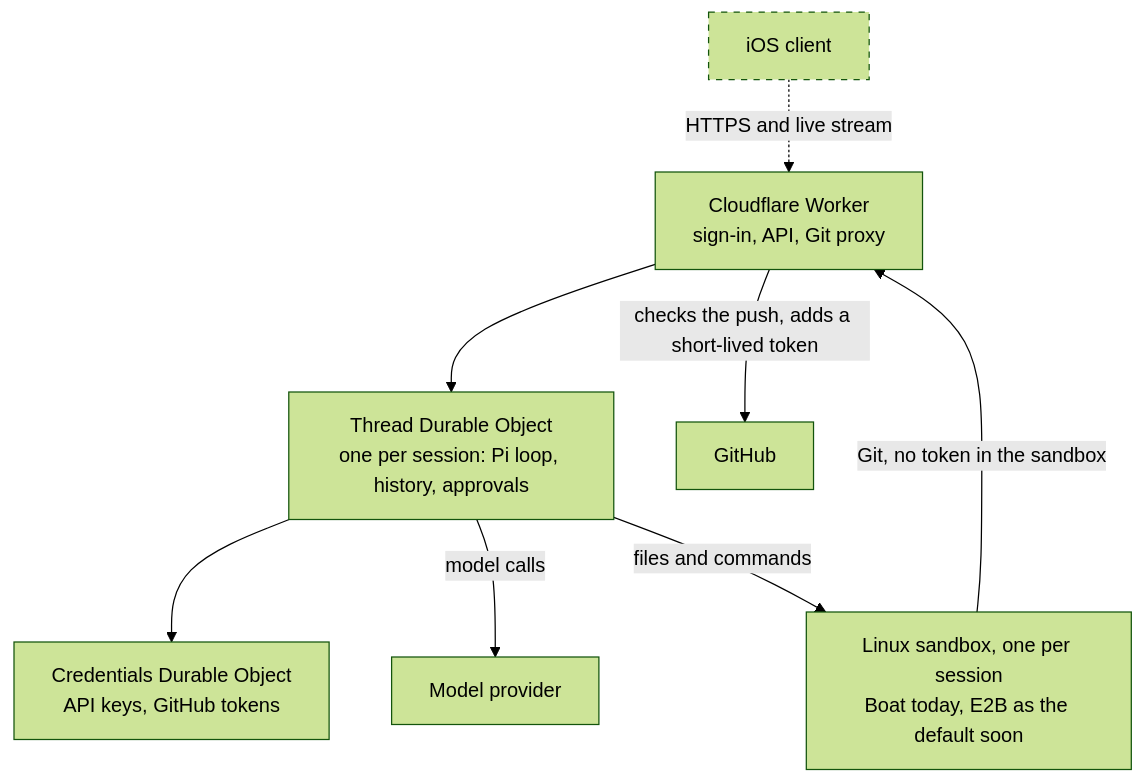
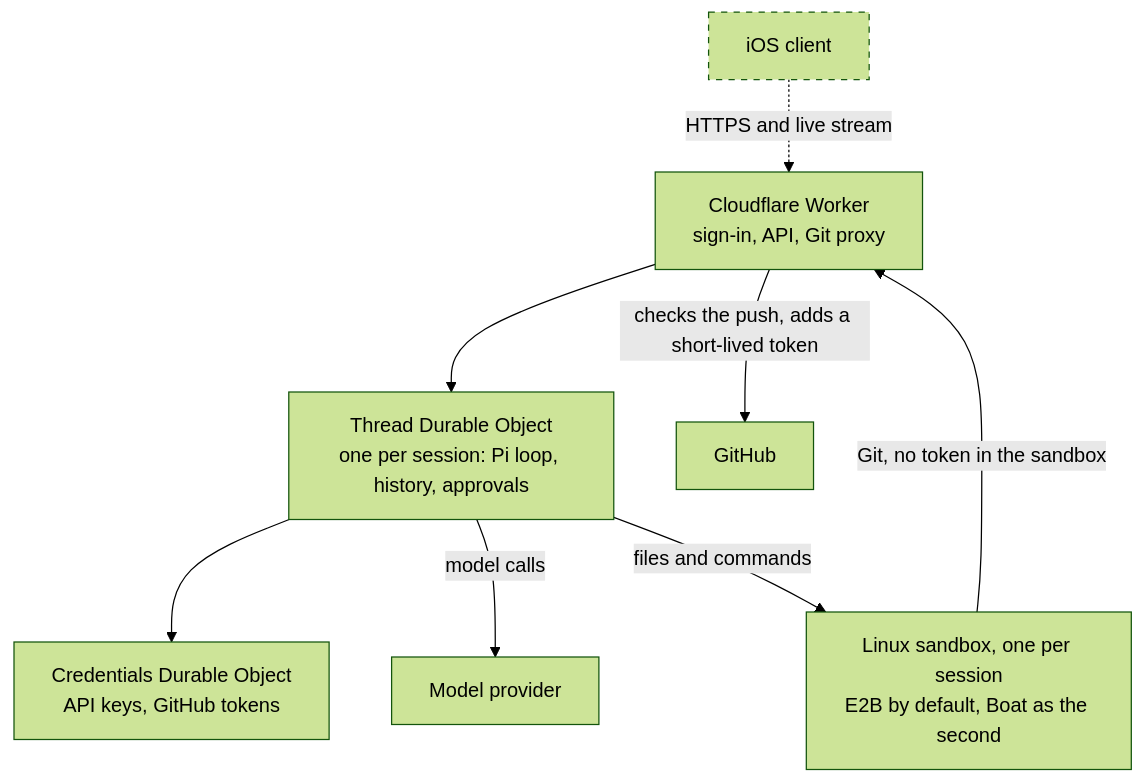
One commit to sudoanmol/cloud-swe changed the first of 2 diagrams in README.md. Above: the diagram before and after it, drawn with Mermaid (forest theme). The commit also changed other lines of this file and 6 other files, not shown here.

````diff
--- a/README.md
+++ b/README.md
@@ -13,20 +13,20 @@
 ```mermaid
 flowchart TD
     Client["iOS client"]:::planned
     Worker["Cloudflare Worker<br/>sign-in, API, Git proxy"]
     Thread["Thread Durable Object<br/>one per session: Pi loop, history, approvals"]
     Keys["Credentials Durable Object<br/>API keys, GitHub tokens"]
     Models["Model provider"]
-    Sandbox["Linux sandbox, one per session<br/>Boat today, E2B as the default soon"]
+    Sandbox["Linux sandbox, one per session<br/>E2B by default, Boat as the second"]
     GitHub["GitHub"]
 
     Client -. "HTTPS and live stream" .-> Worker
     Worker --> Thread
     Thread --> Keys
     Thread -- "model calls" --> Models
     Thread -- "files and commands" --> Sandbox
     Sandbox -- "Git, no token in the sandbox" --> Worker
     Worker -- "checks the push, adds a short-lived token" --> GitHub
 
     classDef planned stroke-dasharray: 5 5
 ```
````
